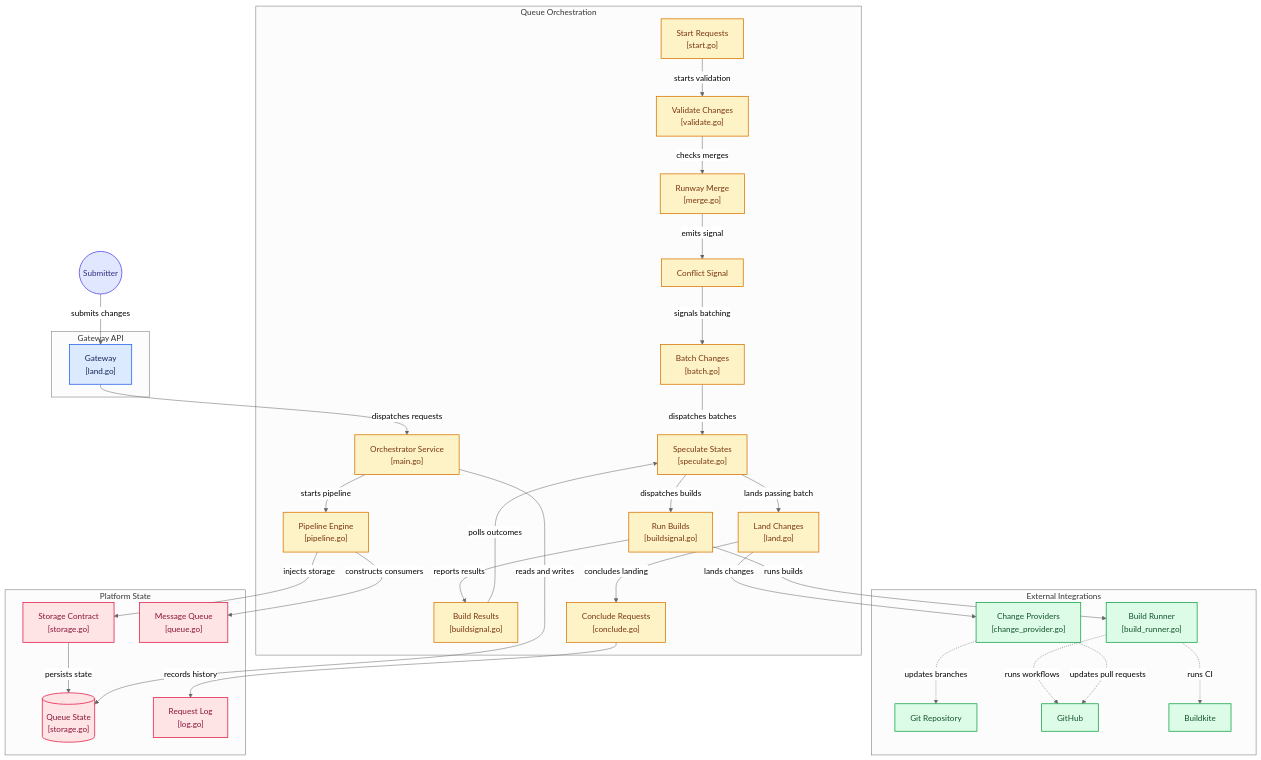
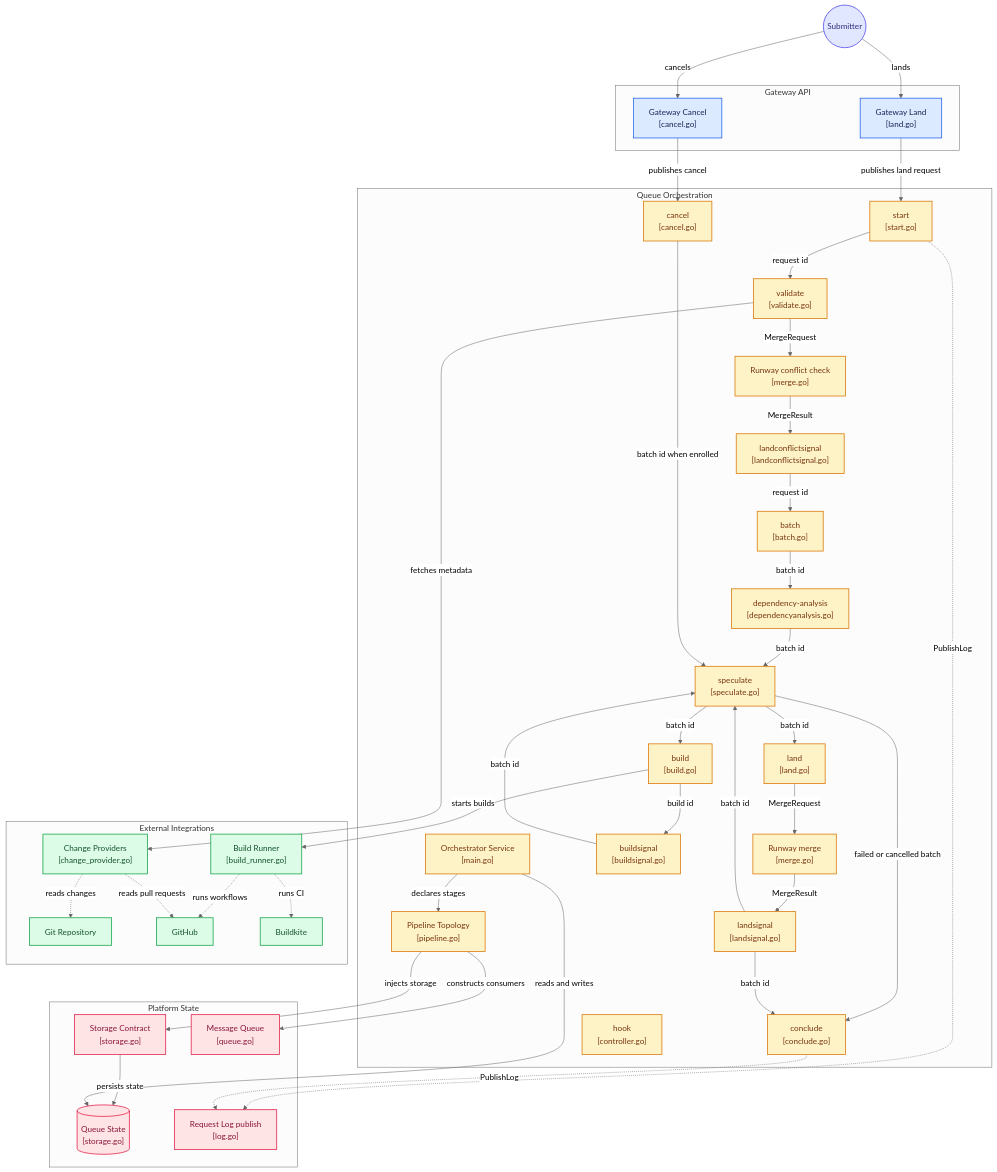
The diagram in doc/rfc/submitqueue/workflow.md (uber/submitqueue), drawn with Mermaid (neutral theme) before and after one commit. The commit also changed other lines of this file and 35 other files, not shown here.

```diff
--- a/doc/rfc/submitqueue/workflow.md
+++ b/doc/rfc/submitqueue/workflow.md
@@ -13,22 +16,28 @@
 flowchart TD
 
 subgraph group_gateway["Gateway API"]
-  node_gateway["Gateway<br/>[land.go]"]
+  node_gateway["Gateway Land<br/>[land.go]"]
+  node_gatewaycancel["Gateway Cancel<br/>[cancel.go]"]
 end
 
 subgraph group_orchestration["Queue Orchestration"]
   node_orchestrator["Orchestrator Service<br/>[main.go]"]
-  node_pipeline["Pipeline Engine<br/>[pipeline.go]"]
-  node_start["Start Requests<br/>[start.go]"]
-  node_validate["Validate Changes<br/>[validate.go]"]
-  node_runway["Runway Merge<br/>[merge.go]"]
-  node_conflictsignal["Conflict Signal"]
-  node_batch["Batch Changes<br/>[batch.go]"]
-  node_speculate["Speculate States<br/>[speculate.go]"]
-  node_build["Run Builds<br/>[buildsignal.go]"]
-  node_buildsignal["Build Results<br/>[buildsignal.go]"]
-  node_land["Land Changes<br/>[land.go]"]
-  node_conclude["Conclude Requests<br/>[conclude.go]"]
+  node_pipeline["Pipeline Topology<br/>[pipeline.go]"]
+  node_start["start<br/>[start.go]"]
+  node_cancel["cancel<br/>[cancel.go]"]
+  node_validate["validate<br/>[validate.go]"]
+  node_runwaycheck["Runway conflict check<br/>[merge.go]"]
+  node_conflictsignal["landconflictsignal<br/>[landconflictsignal.go]"]
+  node_batch["batch<br/>[batch.go]"]
+  node_dependency["dependency-analysis<br/>[dependencyanalysis.go]"]
+  node_speculate["speculate<br/>[speculate.go]"]
+  node_build["build<br/>[build.go]"]
+  node_buildsignal["buildsignal<br/>[buildsignal.go]"]
+  node_land["land<br/>[land.go]"]
+  node_runwaymerge["Runway merge<br/>[merge.go]"]
+  node_landsignal["landsignal<br/>[landsignal.go]"]
+  node_conclude["conclude<br/>[conclude.go]"]
+  node_hook["hook<br/>[controller.go]"]
 end
 
 subgraph group_integrations["External Integrations"]
@@ -42,55 +51,70 @@
 subgraph group_platform["Platform State"]
   node_storagecontract["Storage Contract<br/>[storage.go]"]
   node_queuestorage[("Queue State<br/>[storage.go]")]
-  node_requestlog["Request Log<br/>[log.go]"]
+  node_requestlog["Request Log publish<br/>[log.go]"]
   node_messagequeue["Message Queue<br/>[queue.go]"]
 end
 
 node_submitter(("Submitter"))
 
-node_submitter -->|"submits changes"| node_gateway
-node_gateway -->|"dispatches requests"| node_orchestrator
-node_orchestrator -->|"starts pipeline"| node_pipeline
+node_submitter -->|"lands"| node_gateway
+node_submitter -->|"cancels"| node_gatewaycancel
+node_gateway -->|"publishes land request"| node_start
+node_gatewaycancel -->|"publishes cancel"| node_cancel
+node_orchestrator -->|"declares stages"| node_pipeline
 node_pipeline -->|"constructs consumers"| node_messagequeue
 node_pipeline -->|"injects storage"| node_storagecontract
-node_start -->|"starts validation"| node_validate
-node_validate -->|"checks merges"| node_runway
-node_runway -->|"emits signal"| node_conflictsignal
-node_conflictsignal -->|"signals batching"| node_batch
-node_batch -->|"dispatches batches"| node_speculate
-node_speculate -->|"dispatches builds"| node_build
-node_build -->|"runs builds"| node_buildrunner
+node_start -->|"request id"| node_validate
+node_validate -->|"MergeRequest"| node_runwaycheck
+node_validate -->|"fetches metadata"| node_changeproviders
+node_runwaycheck -->|"MergeResult"| node_conflictsignal
+node_conflictsignal -->|"request id"| node_batch
+node_batch -->|"batch id"| node_dependency
+node_dependency -->|"batch id"| node_speculate
+node_cancel -->|"batch id when enrolled"| node_speculate
+node_speculate -->|"batch id"| node_build
+node_speculate -->|"batch id"| node_land
+node_speculate -->|"failed or cancelled batch"| node_conclude
+node_build -->|"starts builds"| node_buildrunner
+node_build -->|"build id"| node_buildsignal
 node_buildrunner -.->|"runs CI"| node_buildkite
 node_buildrunner -.->|"runs workflows"| node_github
-node_build -->|"reports results"| node_buildsignal
-node_buildsignal -->|"polls outcomes"| node_speculate
-node_speculate -->|"lands passing batch"| node_land
-node_land -->|"lands changes"| node_changeproviders
-node_changeproviders -.->|"updates branches"| node_gitrepository
-node_changeproviders -.->|"updates pull requests"| node_github
-node_land -->|"concludes landing"| node_conclude
-node_conclude -->|"records history"| node_requestlog
+node_buildsignal -->|"batch id"| node_speculate
+node_land -->|"MergeRequest"| node_runwaymerge
+node_runwaymerge -->|"MergeResult"| node_landsignal
+node_landsignal -->|"batch id"| node_conclude
+node_landsignal -->|"batch id"| node_speculate
+node_start -.->|"PublishLog"| node_requestlog
+node_conclude -.->|"PublishLog"| node_requestlog
+node_changeproviders -.->|"reads changes"| node_gitrepository
+node_changeproviders -.->|"reads pull requests"| node_github
 node_storagecontract -->|"persists state"| node_queuestorage
 node_orchestrator -->|"reads and writes"| node_queuestorage
 
 click node_gateway "https://github.com/uber/submitqueue/blob/main/submitqueue/gateway/controller/land.go"
+click node_gatewaycancel "https://github.com/uber/submitqueue/blob/main/submitqueue/gateway/controller/cancel.go"
 click node_orchestrator "https://github.com/uber/submitqueue/blob/main/service/submitqueue/orchestrator/server/main.go"
-click node_pipeline "https://github.com/uber/submitqueue/blob/main/platform/pipeline/pipeline.go"
+click node_pipeline "https://github.com/uber/submitqueue/blob/main/submitqueue/orchestrator/pipeline.go"
 click node_start "https://github.com/uber/submitqueue/blob/main/submitqueue/orchestrator/controller/start/start.go"
+click node_cancel "https://github.com/uber/submitqueue/blob/main/submitqueue/orchestrator/controller/cancel/cancel.go"
 click node_validate "https://github.com/uber/submitqueue/blob/main/submitqueue/orchestrator/controller/validate/validate.go"
-click node_runway "https://github.com/uber/submitqueue/blob/main/runway/controller/merge/merge.go"
+click node_runwaycheck "https://github.com/uber/submitqueue/blob/main/runway/controller/mergeconflictcheck/mergeconflictcheck.go"
 click node_conflictsignal "https://github.com/uber/submitqueue/blob/main/submitqueue/orchestrator/controller/landconflictsignal/landconflictsignal.go"
 click node_batch "https://github.com/uber/submitqueue/blob/main/submitqueue/orchestrator/controller/batch/batch.go"
+click node_dependency "https://github.com/uber/submitqueue/blob/main/submitqueue/orchestrator/controller/dependencyanalysis/dependencyanalysis.go"
 click node_speculate "https://github.com/uber/submitqueue/blob/main/submitqueue/orchestrator/controller/speculate/speculate.go"
-click node_build "https://github.com/uber/submitqueue/blob/main/submitqueue/orchestrator/controller/buildsignal/buildsignal.go"
+click node_build "https://github.com/uber/submitqueue/blob/main/submitqueue/orchestrator/controller/build/build.go"
 click node_buildsignal "https://github.com/uber/submitqueue/blob/main/submitqueue/orchestrator/controller/buildsignal/buildsignal.go"
 click node_land "https://github.com/uber/submitqueue/blob/main/submitqueue/orchestrator/controller/land/land.go"
+click node_runwaymerge "https://github.com/uber/submitqueue/blob/main/runway/controller/merge/merge.go"
+click node_landsignal "https://github.com/uber/submitqueue/blob/main/submitqueue/orchestrator/controller/landsignal/landsignal.go"
 click node_conclude "https://github.com/uber/submitqueue/blob/main/submitqueue/orchestrator/controller/conclude/conclude.go"
+click node_hook "https://github.com/uber/submitqueue/blob/main/platform/hook/controller.go"
 click node_changeproviders "https://github.com/uber/submitqueue/blob/main/submitqueue/extension/changeprovider/change_provider.go"
 click node_buildrunner "https://github.com/uber/submitqueue/blob/main/submitqueue/extension/buildrunner/build_runner.go"
 click node_storagecontract "https://github.com/uber/submitqueue/blob/main/submitqueue/extension/storage/storage.go"
 click node_queuestorage "https://github.com/uber/submitqueue/blob/main/submitqueue/orchestrator/extension/storage/mysql/storage.go"
-click node_requestlog "https://github.com/uber/submitqueue/blob/main/submitqueue/core/request/log.go"
+click node_requestlog "https://github.com/uber/submitqueue/blob/main/submitqueue/orchestrator/core/request/log.go"
 click node_messagequeue "https://github.com/uber/submitqueue/blob/main/platform/extension/messagequeue/queue.go"
 
 classDef toneNeutral fill:#f8fafc,stroke:#334155,stroke-width:1.5px,color:#0f172a
@@ -100,8 +124,8 @@
 classDef toneRose fill:#ffe4e6,stroke:#e11d48,stroke-width:1.5px,color:#881337
 classDef toneIndigo fill:#e0e7ff,stroke:#4f46e5,stroke-width:1.5px,color:#312e81
 classDef toneTeal fill:#ccfbf1,stroke:#0f766e,stroke-width:1.5px,color:#134e4a
-class node_gateway toneBlue
-class node_orchestrator,node_pipeline,node_start,node_validate,node_runway,node_conflictsignal,node_batch,node_speculate,node_build,node_buildsignal,node_land,node_conclude toneAmber
+class node_gateway,node_gatewaycancel toneBlue
+class node_orchestrator,node_pipeline,node_start,node_cancel,node_validate,node_runwaycheck,node_conflictsignal,node_batch,node_dependency,node_speculate,node_build,node_buildsignal,node_land,node_runwaymerge,node_landsignal,node_conclude,node_hook toneAmber
 class node_changeproviders,node_buildrunner,node_gitrepository,node_github,node_buildkite toneMint
 class node_storagecontract,node_queuestorage,node_requestlog,node_messagequeue toneRose
 class node_submitter toneIndigo
```
